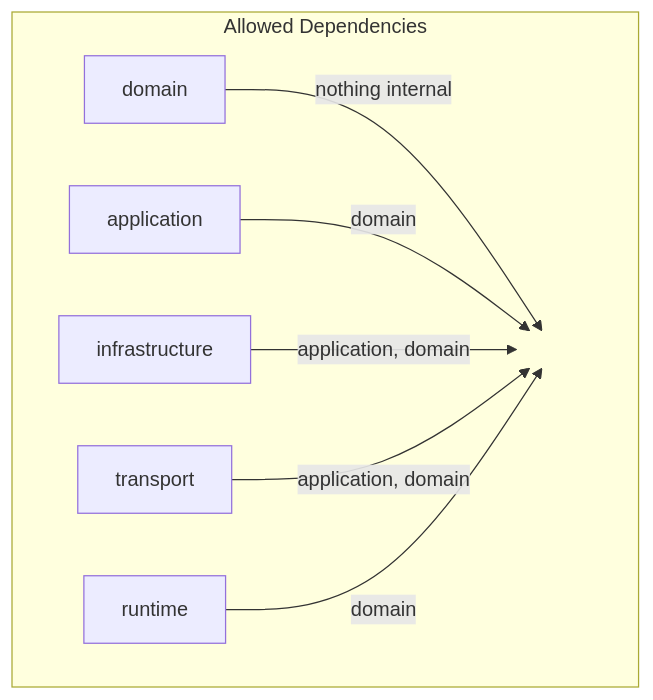
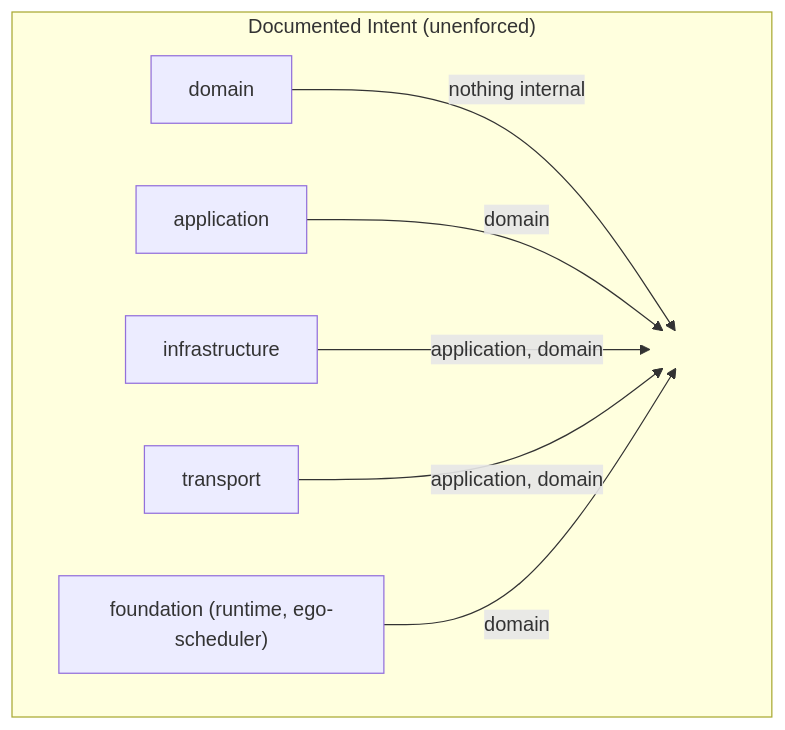
One commit to pablogore/ego-rs changed the third of 11 diagrams in COOKBOOK.md. Above: the diagram before and after it, drawn with Mermaid. The commit also changed other lines of this file, not shown here.

````diff
--- a/COOKBOOK.md
+++ b/COOKBOOK.md
@@ -76,12 +163,12 @@
 ```mermaid
 flowchart LR
-    subgraph Layer["Allowed Dependencies"]
+    subgraph Layer["Documented Intent (unenforced)"]
         direction LR
-        L5["domain"] -->|"nothing internal"| X1[" "]
-        L4["application"] -->|"domain"| X1
+        L1["domain"] -->|"nothing internal"| X1[" "]
+        L2["application"] -->|"domain"| X1
         L3["infrastructure"] -->|"application, domain"| X1
-        L2["transport"] -->|"application, domain"| X1
-        L1["runtime"] -->|"domain"| X1
+        L4["transport"] -->|"application, domain"| X1
+        L5["foundation (runtime, ego-scheduler)"] -->|"domain"| X1
         style X1 fill:#0000,stroke:#0000
     end
 ```
````
